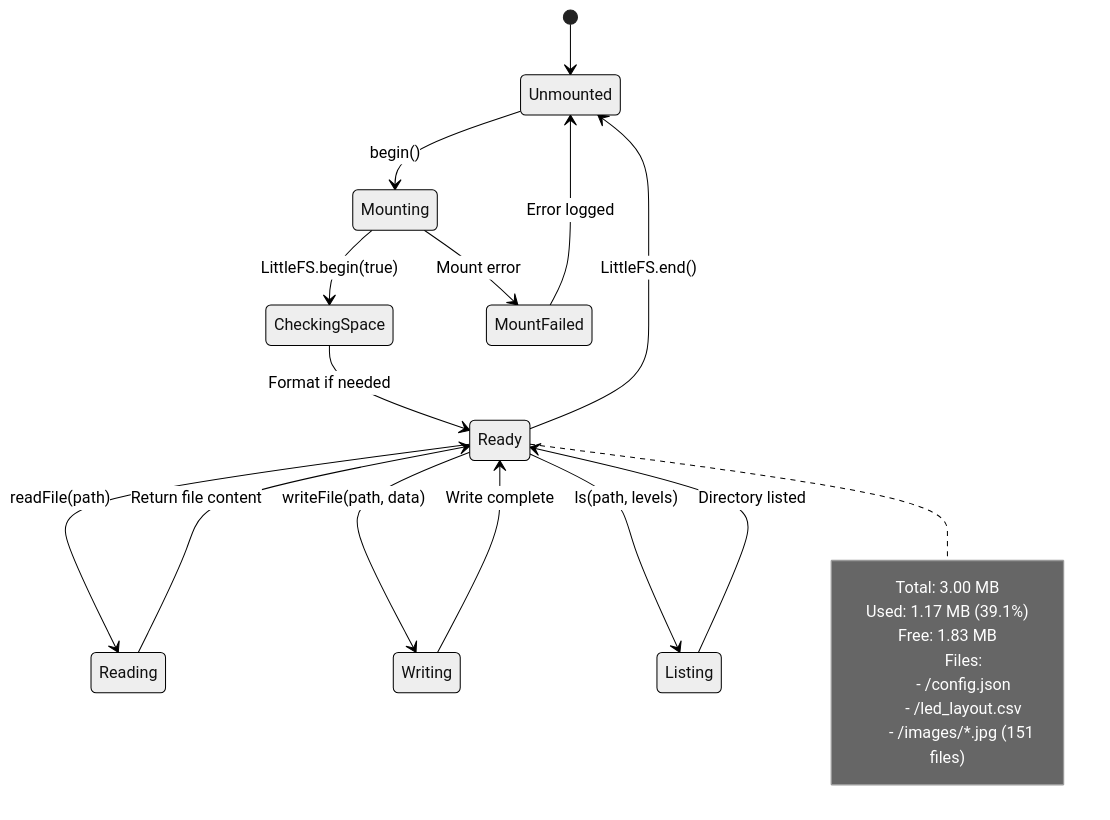
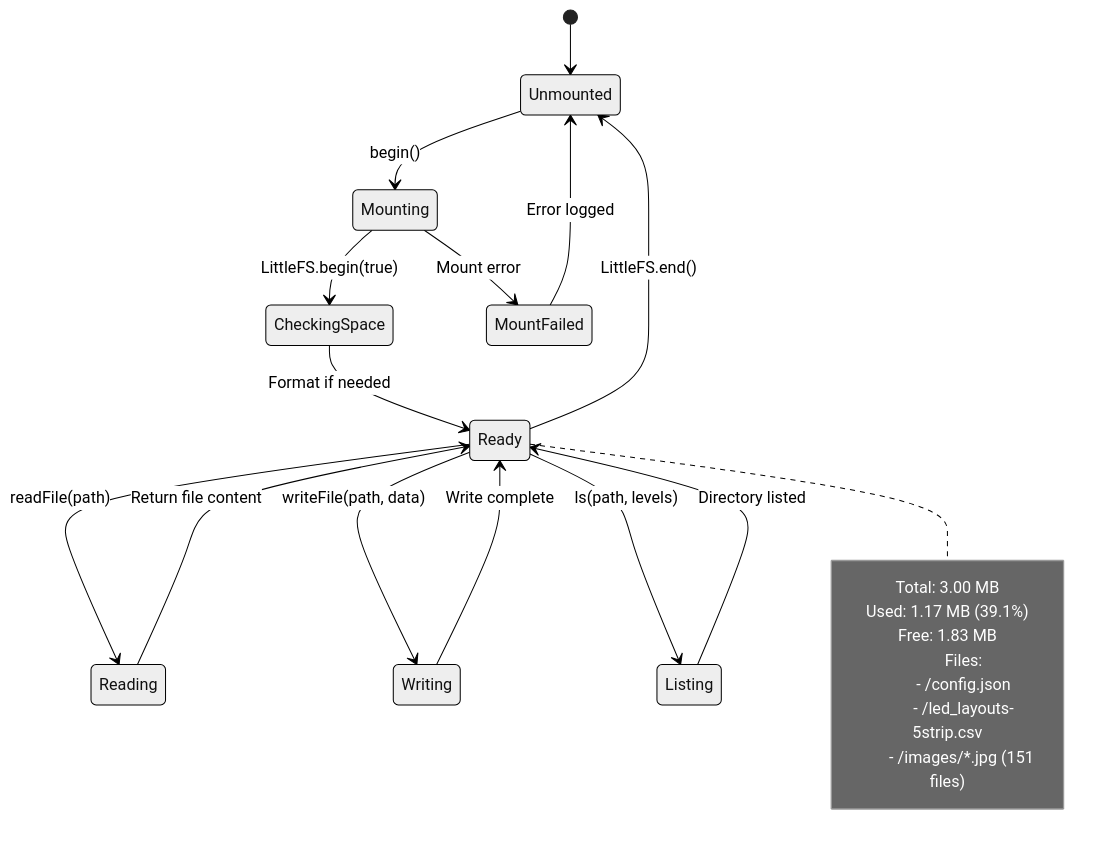
The seventh of 9 diagrams in core/doc/state.ja.md (sastles-com/sastle-isolation-sphere), drawn with Mermaid (neutral theme) before and after one commit. The commit also changed 13 other files, not shown here.

Commit message:
Remove obsolete 4-strip LED layout

````diff
--- a/core/doc/state.ja.md
+++ b/core/doc/state.ja.md
@@ -263,34 +263,34 @@
 ```mermaid
 stateDiagram-v2
     [*] --> Unmounted
     
     Unmounted --> Mounting: begin()
     
     Mounting --> CheckingSpace: LittleFS.begin(true)
     CheckingSpace --> Ready: Format if needed
     
     Ready --> Reading: readFile(path)
     Reading --> Ready: Return file content
     
     Ready --> Writing: writeFile(path, data)
     Writing --> Ready: Write complete
     
     Ready --> Listing: ls(path, levels)
     Listing --> Ready: Directory listed
     
     Ready --> Unmounted: LittleFS.end()
     
     Mounting --> MountFailed: Mount error
     MountFailed --> Unmounted: Error logged
     
     note right of Ready
         Total: 3.00 MB
         Used: 1.17 MB (39.1%)
         Free: 1.83 MB
         
         Files:
         - /config.json
-        - /led_layout.csv
+        - /led_layouts-5strip.csv
         - /images/*.jpg (151 files)
     end note
 ```
````
